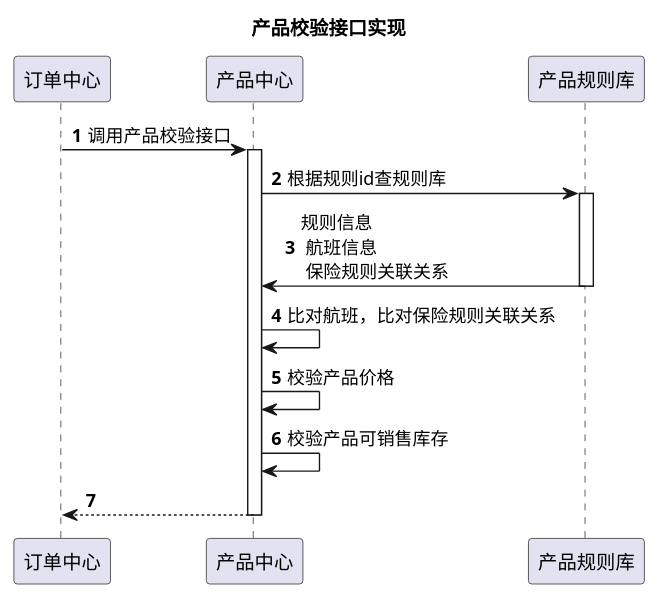
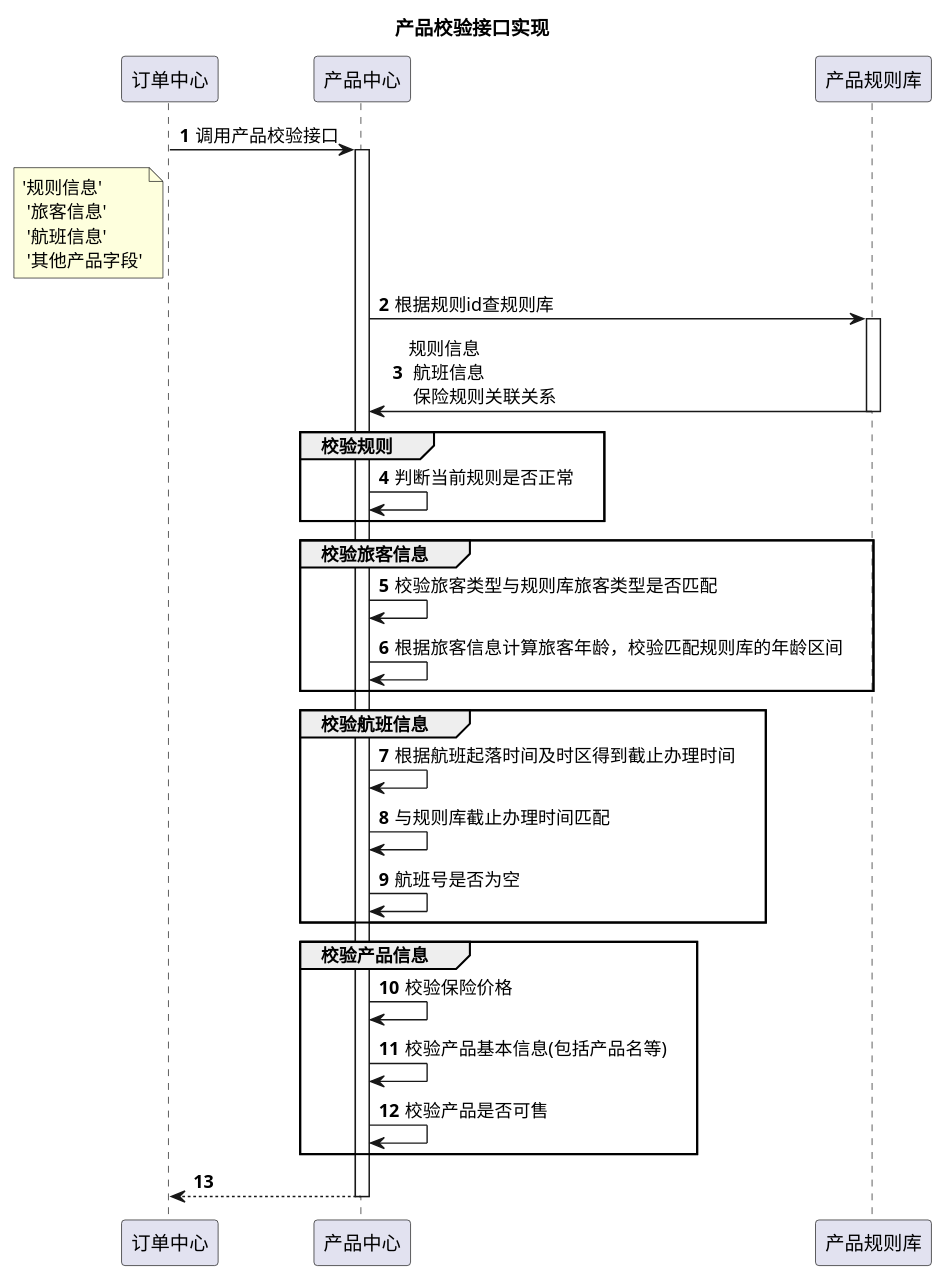
One commit to learnxin/testdemo changed the diagram in src/main/resources/plantuml/nh/checkOrder.puml. Above: the diagram before and after it, drawn with PlantUML. The commit also changed 2 other files, not shown here.

Commit message:
commit plant uml

```diff
--- a/src/main/resources/plantuml/nh/checkOrder.puml
+++ b/src/main/resources/plantuml/nh/checkOrder.puml
@@ -1,18 +1,33 @@
 @startuml
 title 产品校验接口实现
 autonumber
 participant "订单中心" as shop
 participant "产品中心" as p
 participant "产品规则库" as gzk
 
 shop -> p: 调用产品校验接口
+note left of shop: '规则信息' \n '旅客信息'\n '航班信息' \n '其他产品字段'
 activate p
 p -> gzk: 根据规则id查规则库
 activate gzk
 gzk-> p: 规则信息\n 航班信息 \n 保险规则关联关系
 deactivate gzk
-p -> p: 比对航班，比对保险规则关联关系
-p -> p: 校验产品价格
-p -> p: 校验产品可销售库存
+group 校验规则
+ p -> p: 判断当前规则是否正常
+end
+group 校验旅客信息
+p -> p: 校验旅客类型与规则库旅客类型是否匹配
+p -> p: 根据旅客信息计算旅客年龄，校验匹配规则库的年龄区间
+end
+group 校验航班信息
+p -> p: 根据航班起落时间及时区得到截止办理时间
+p -> p: 与规则库截止办理时间匹配
+p -> p: 航班号是否为空
+end
+group 校验产品信息
+p -> p: 校验保险价格
+p -> p: 校验产品基本信息(包括产品名等)
+p -> p: 校验产品是否可售
+end
 return
 @enduml
```
